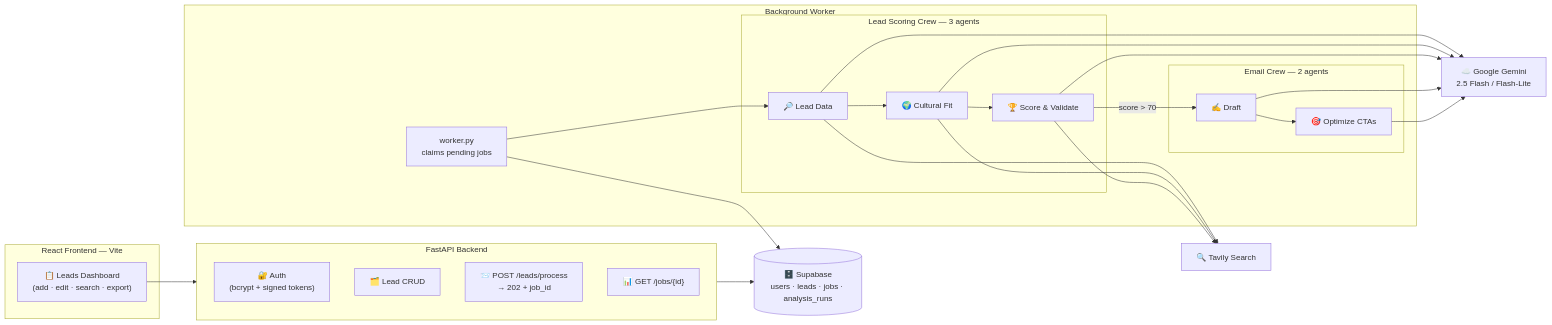
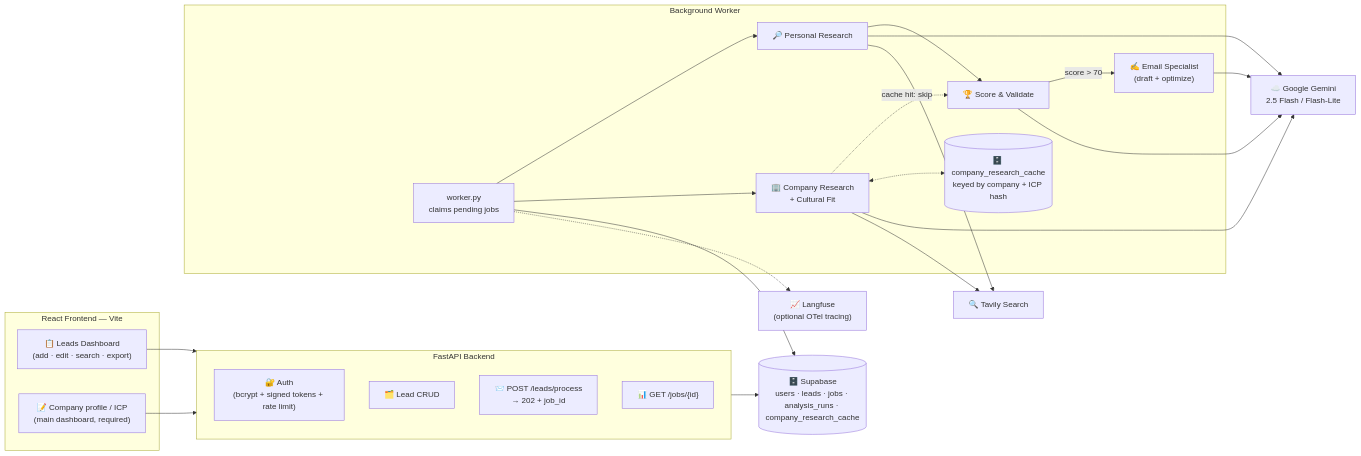
Before and after one commit to VIVPM/multi-crew-leads-dashboard: the diagram in README.md, drawn with Mermaid. The commit also changed other lines of this file and 8 other files, not shown here.

First line of the commit message:
wire up Langfuse tracing, update README and eval screenshots

````diff
--- a/README.md
+++ b/README.md
@@ -22,35 +28,37 @@
 ```mermaid
 graph LR
     subgraph FE [React Frontend — Vite]
         UI["📋 Leads Dashboard<br>(add · edit · search · export)"]
+        ICP["📝 Company profile / ICP<br>(main dashboard, required)"]
     end
 
     subgraph API [FastAPI Backend]
-        Auth["🔐 Auth<br>(bcrypt + signed tokens)"]
+        Auth["🔐 Auth<br>(bcrypt + signed tokens + rate limit)"]
         CRUD["🗂️ Lead CRUD"]
         Enq["📨 POST /leads/process<br>→ 202 + job_id"]
         Jobs["📊 GET /jobs/{id}"]
     end
 
     subgraph Worker [Background Worker]
         W["worker.py<br>claims pending jobs"]
-        subgraph LeadCrew [Lead Scoring Crew — 3 agents]
-            A1["🔎 Lead Data"] --> A2["🌍 Cultural Fit"] --> A3["🏆 Score & Validate"]
-        end
-        subgraph EmailCrew [Email Crew — 2 agents]
-            E1["✍️ Draft"] --> E2["🎯 Optimize CTAs"]
-        end
-        W --> A1
-        A3 -->|score > 70| E1
+        A1["🔎 Personal Research"] --> A3
+        A2["🏢 Company Research<br>+ Cultural Fit"] -.->|cache hit: skip| A3["🏆 Score & Validate"]
+        Cache[("🗄️ company_research_cache<br>keyed by company + ICP hash")]
+        A2 <-.-> Cache
+        A3 -->|score > 70| E1["✍️ Email Specialist<br>(draft + optimize)"]
+        W --> A1 & A2
     end
 
-    DB[("🗄️ Supabase<br>users · leads · jobs · analysis_runs")]
+    DB[("🗄️ Supabase<br>users · leads · jobs · analysis_runs · company_research_cache")]
     LLM["☁️ Google Gemini<br>2.5 Flash / Flash-Lite"]
     Tavily["🔍 Tavily Search"]
+    Trace["📈 Langfuse<br>(optional OTel tracing)"]
 
     UI --> API
+    ICP --> API
     API --> DB
     W --> DB
-    A1 & A2 & A3 & E1 & E2 --> LLM
-    A1 & A2 & A3 --> Tavily
+    A1 & A2 & A3 & E1 --> LLM
+    A1 & A2 --> Tavily
+    W -.-> Trace
 ```
````
